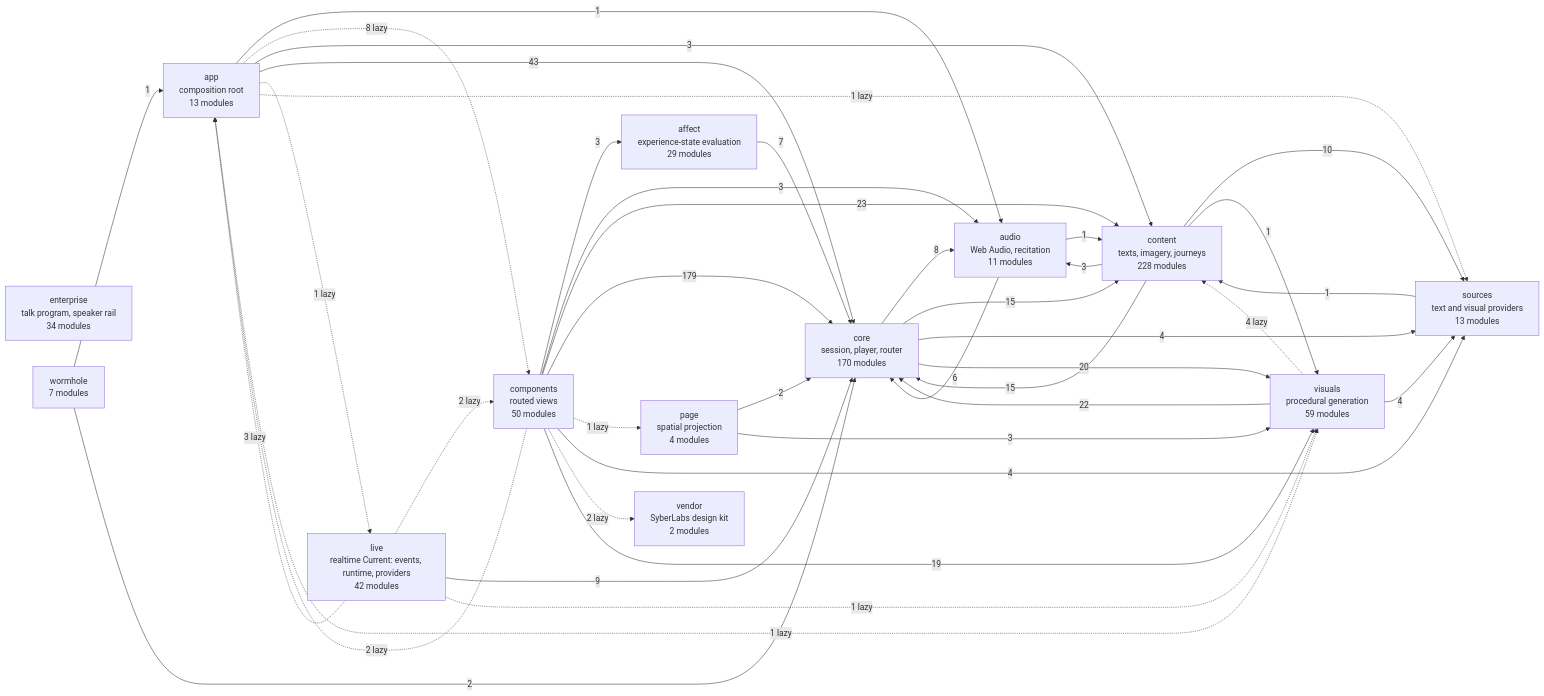
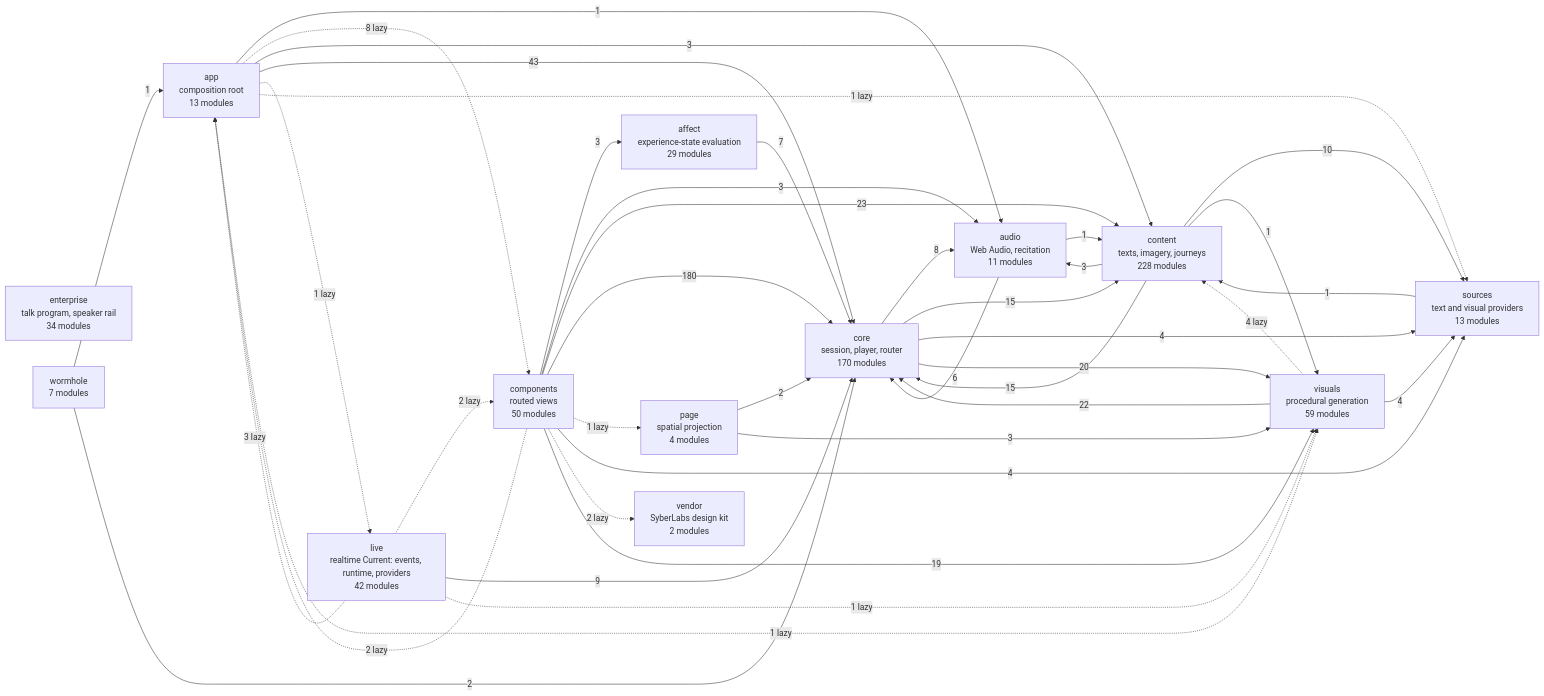
Before and after one commit to SyberLabs/RISE: the diagram in docs/specs/ARCHITECTURE.md, drawn with Mermaid.

Commit message:
Regenerate the architecture diagram for Home's connection import

````diff
--- a/docs/specs/ARCHITECTURE.md
+++ b/docs/specs/ARCHITECTURE.md
@@ -154,56 +154,56 @@
 ```mermaid
 flowchart LR
     affect["affect<br/>experience-state evaluation<br/>29 modules"]
     app["app<br/>composition root<br/>13 modules"]
     audio["audio<br/>Web Audio, recitation<br/>11 modules"]
     components["components<br/>routed views<br/>50 modules"]
     content["content<br/>texts, imagery, journeys<br/>228 modules"]
     core["core<br/>session, player, router<br/>170 modules"]
     enterprise["enterprise<br/>talk program, speaker rail<br/>34 modules"]
     live["live<br/>realtime Current: events, runtime, providers<br/>42 modules"]
     page["page<br/>spatial projection<br/>4 modules"]
     sources["sources<br/>text and visual providers<br/>13 modules"]
     vendor["vendor<br/>SyberLabs design kit<br/>2 modules"]
     visuals["visuals<br/>procedural generation<br/>59 modules"]
     wormhole["wormhole<br/>7 modules"]
 
     affect --> |7| core
     app --> |1| audio
     app -.-> |8 lazy| components
     app --> |3| content
     app --> |43| core
     app -.-> |1 lazy| live
     app -.-> |1 lazy| sources
     app -.-> |1 lazy| visuals
     audio --> |1| content
     audio --> |6| core
     components --> |3| affect
     components -.-> |2 lazy| app
     components --> |3| audio
     components --> |23| content
-    components --> |179| core
+    components --> |180| core
     components -.-> |1 lazy| page
     components --> |4| sources
     components -.-> |2 lazy| vendor
     components --> |19| visuals
     content --> |3| audio
     content --> |15| core
     content --> |10| sources
     content --> |1| visuals
     core --> |8| audio
     core --> |15| content
     core --> |4| sources
     core --> |20| visuals
     live -.-> |3 lazy| app
     live -.-> |2 lazy| components
     live --> |9| core
     live -.-> |1 lazy| visuals
     page --> |2| core
     page --> |3| visuals
     sources --> |1| content
     visuals -.-> |4 lazy| content
     visuals --> |22| core
     visuals --> |4| sources
     wormhole --> |1| app
     wormhole --> |2| core
 ```
````
